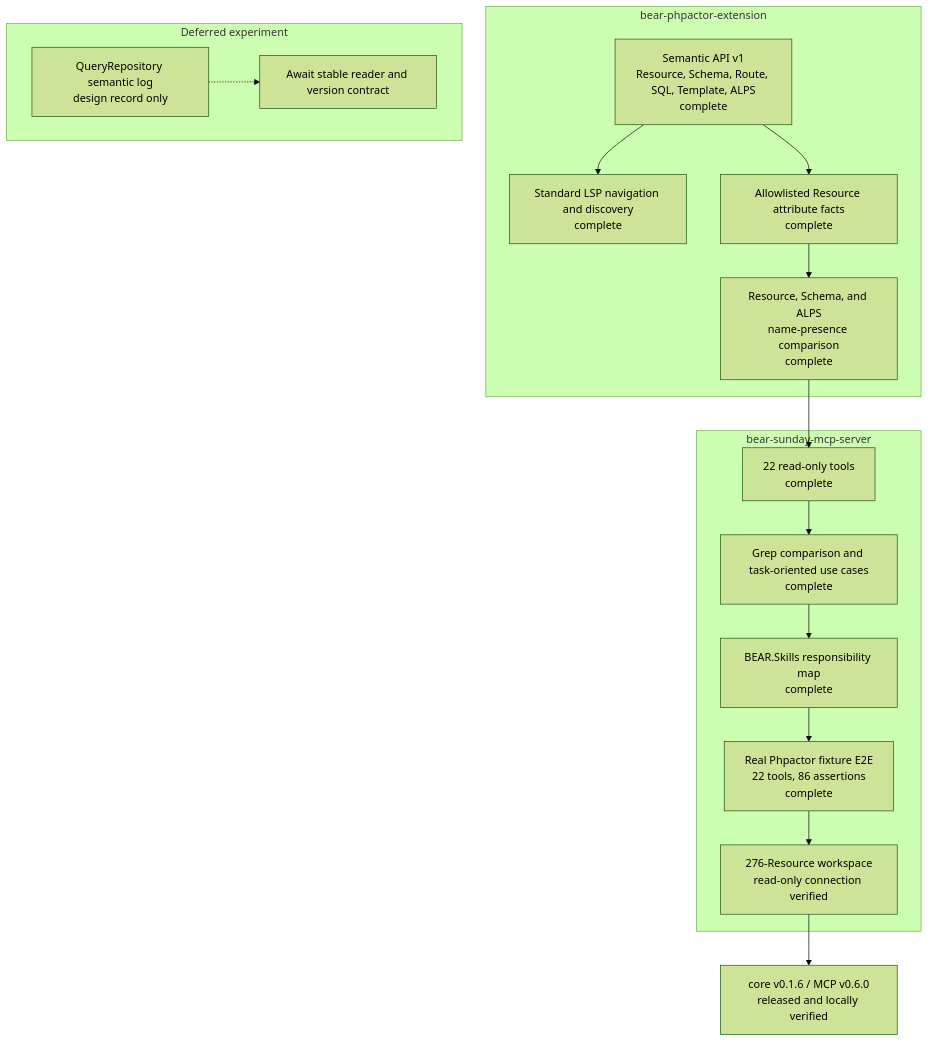
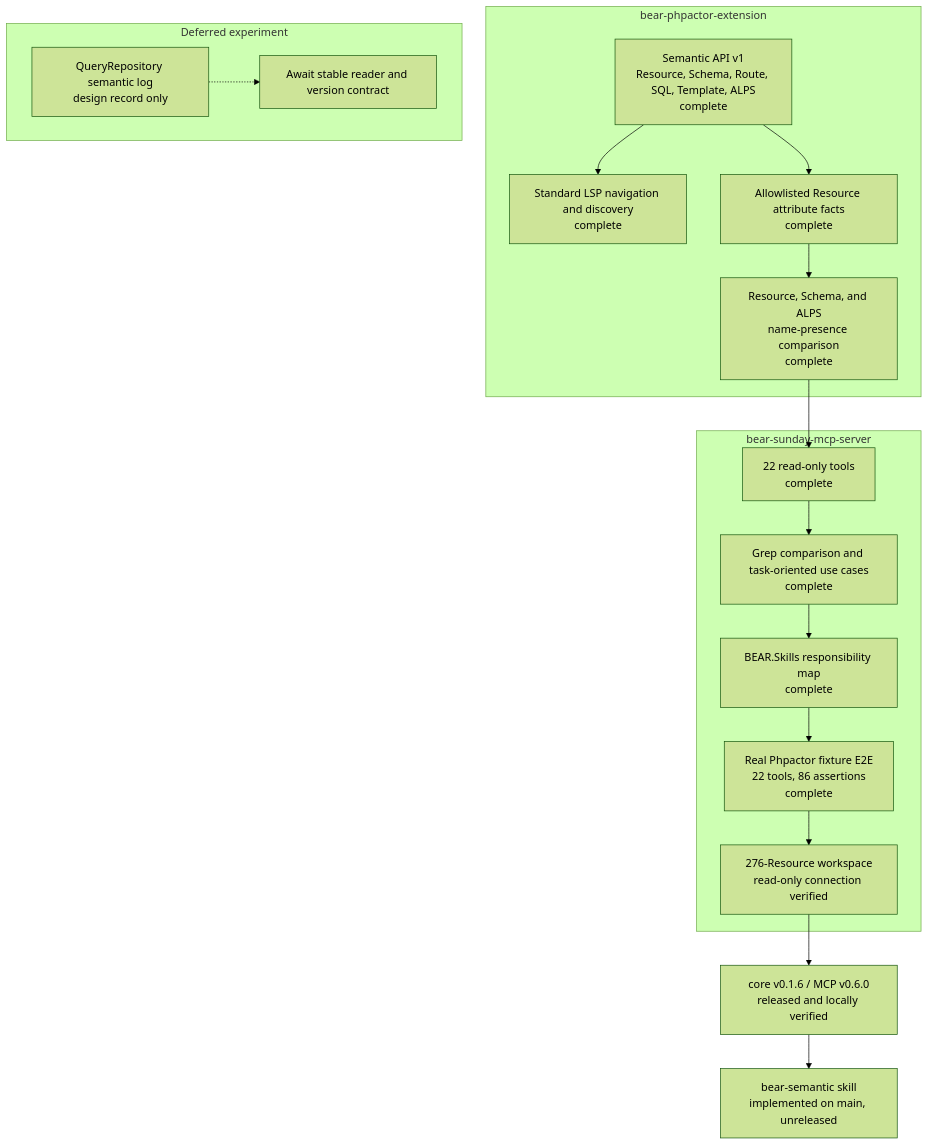
Before and after one commit to suzumaze/bear-sunday-mcp-server: the diagram in docs/project-status.md, drawn with Mermaid (forest theme). The commit also changed other lines of this file and 7 other files, not shown here.

Commit message:
feat: add BEAR semantic agent skill

````diff
--- a/docs/project-status.md
+++ b/docs/project-status.md
@@ -9,30 +9,31 @@
 ```mermaid
 flowchart TB
     subgraph Core["bear-phpactor-extension"]
         C1["Semantic API v1<br/>Resource, Schema, Route, SQL, Template, ALPS<br/>complete"]
         C2["Standard LSP navigation and discovery<br/>complete"]
         C3["Allowlisted Resource attribute facts<br/>complete"]
         C4["Resource, Schema, and ALPS<br/>name-presence comparison<br/>complete"]
         C1 --> C2
         C1 --> C3 --> C4
     end
 
     subgraph MCP["bear-sunday-mcp-server"]
         M1["22 read-only tools<br/>complete"]
         M2["Grep comparison and task-oriented use cases<br/>complete"]
         M3["BEAR.Skills responsibility map<br/>complete"]
         M4["Real Phpactor fixture E2E<br/>22 tools, 86 assertions<br/>complete"]
         M5["276-Resource workspace<br/>read-only connection verified"]
         M1 --> M2 --> M3 --> M4 --> M5
     end
 
     C4 --> M1
 
     subgraph Deferred["Deferred experiment"]
         D1["QueryRepository semantic log<br/>design record only"]
         D2["Await stable reader and version contract"]
         D1 -.-> D2
     end
 
     M5 --> R1["core v0.1.6 / MCP v0.6.0<br/>released and locally verified"]
+    R1 --> S1["bear-semantic skill<br/>implemented on main, unreleased"]
 ```
````
